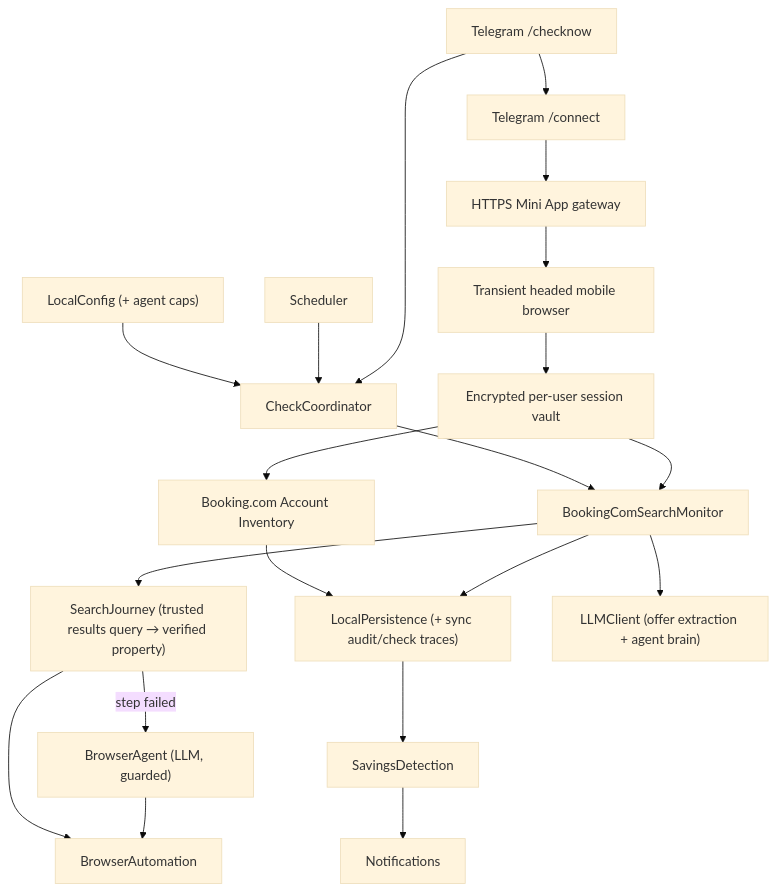
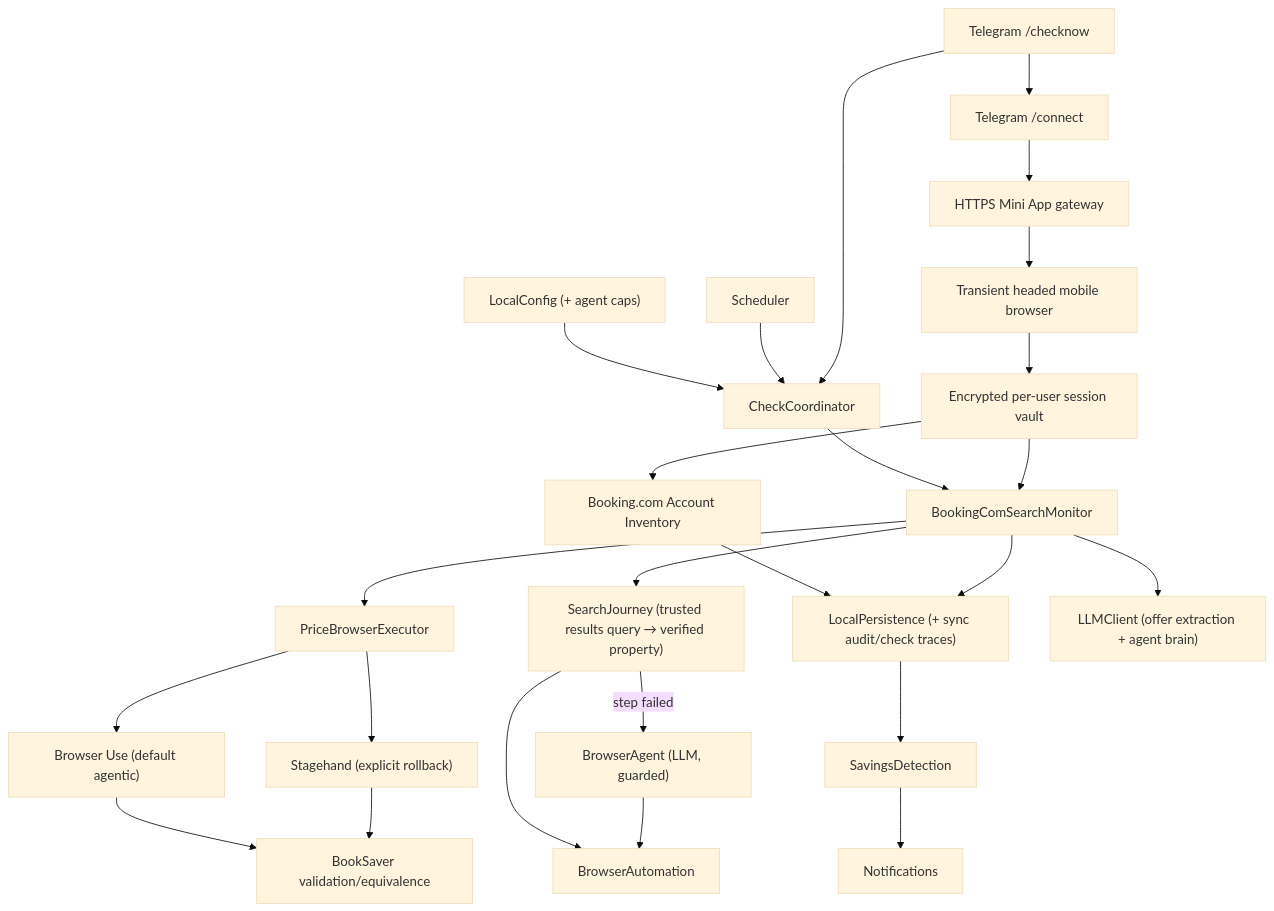
Before and after one commit to romkagribok/booksaver-agent: the diagram in memory-bank/standards/system-architecture.md, drawn with Mermaid (base theme). The commit also changed other lines of this file and 47 other files, not shown here.

Commit message:
feat(browser): default agentic prices to Browser Use

````diff
--- a/memory-bank/standards/system-architecture.md
+++ b/memory-bank/standards/system-architecture.md
@@ -7,22 +7,27 @@
 ```mermaid
 flowchart TB
     Config["LocalConfig (+ agent caps)"] --> Coordinator["CheckCoordinator"]
     Scheduler["Scheduler"] --> Coordinator
     Telegram["Telegram /checknow"] --> Coordinator
     Telegram --> Connect["Telegram /connect"]
     Connect --> AuthGateway["HTTPS Mini App gateway"]
     AuthGateway --> LoginBrowser["Transient headed mobile browser"]
     LoginBrowser --> SessionVault["Encrypted per-user session vault"]
     SessionVault --> Inventory["Booking.com Account Inventory"]
     Inventory --> Store["LocalPersistence (+ sync audit/check traces)"]
     Coordinator --> Monitor["BookingComSearchMonitor"]
     SessionVault --> Monitor
+    Monitor --> PricePort["PriceBrowserExecutor"]
+    PricePort --> BrowserUse["Browser Use (default agentic)"]
+    PricePort --> Stagehand["Stagehand (explicit rollback)"]
+    BrowserUse --> Validation["BookSaver validation/equivalence"]
+    Stagehand --> Validation
     Monitor --> Journey["SearchJourney (trusted results query → verified property)"]
     Journey --> Browser["BrowserAutomation"]
     Journey -- "step failed" --> Agent["BrowserAgent (LLM, guarded)"]
     Agent --> Browser
     Monitor --> LLM["LLMClient (offer extraction + agent brain)"]
     Monitor --> Store
     Store --> Savings["SavingsDetection"]
     Savings --> Notify["Notifications"]
 ```
````
